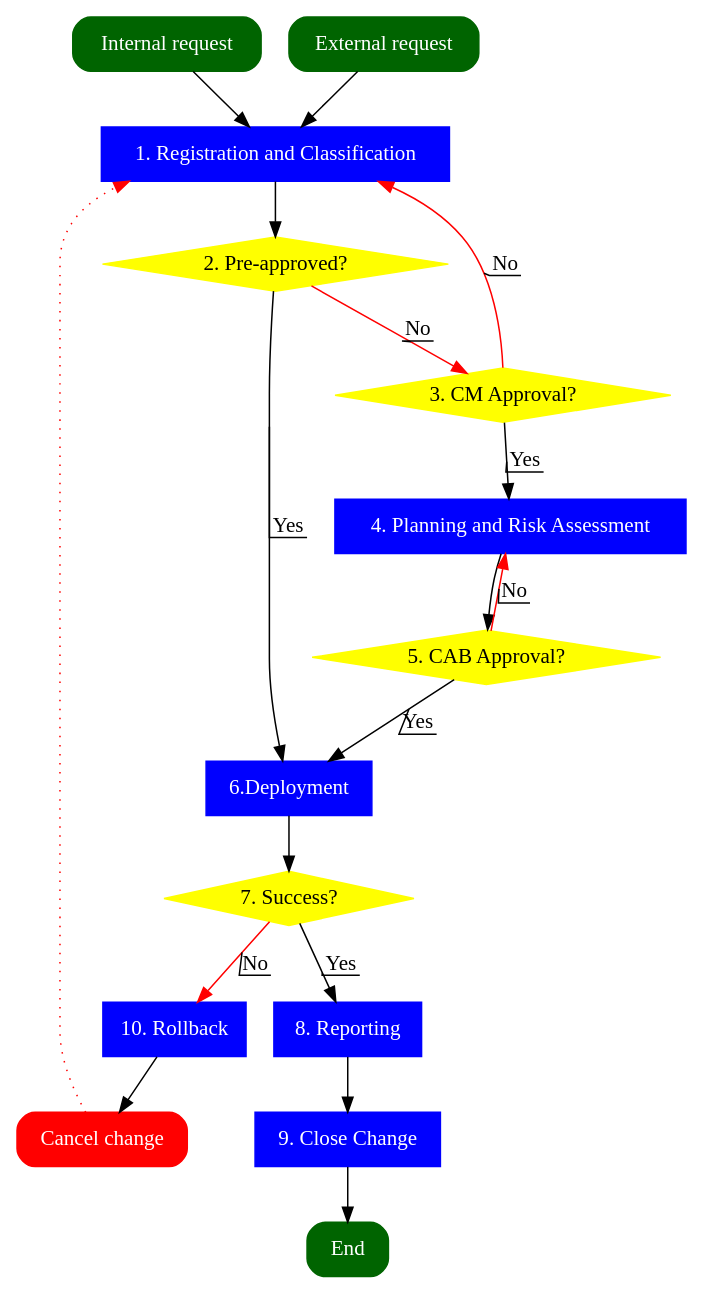
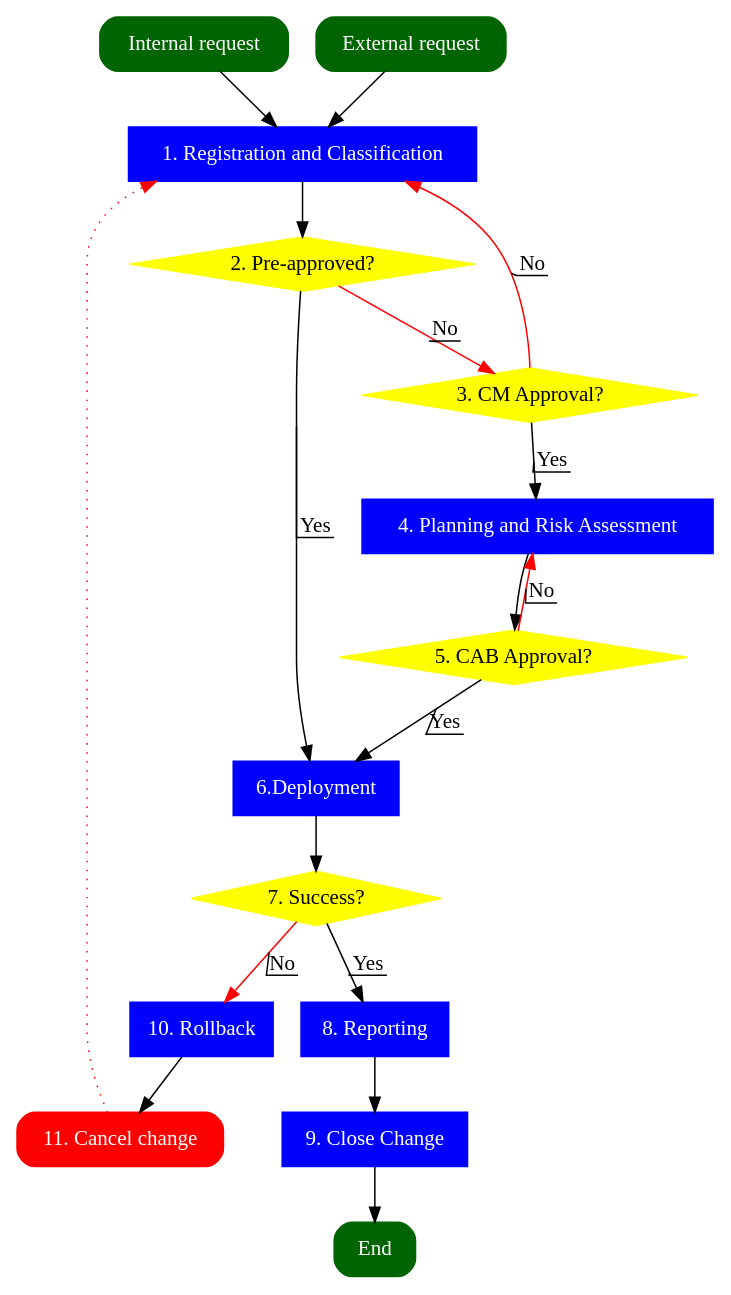
The diagram in change_management.dot (dstergiou/workflow), drawn with Graphviz before and after one commit.

Commit message:
minor changes

```diff
--- a/change_management.dot
+++ b/change_management.dot
@@ -1,125 +1,125 @@
 digraph {
     node[fontname="Verdana", style=rounded]
     internal_change[
         shape=box, 
         style="rounded,filled", 
         color=darkgreen, 
         fontcolor=white,
         label="Internal request"];
     external_change[
         shape=box, 
         style="rounded,filled", 
         color=darkgreen, 
         fontcolor=white,
         label="External request"];
     end_finish[
         shape=box, 
         style="rounded,filled", 
         color=darkgreen,
         fontcolor=white,              
         label="End"];
     end_cancel[
         shape=box, 
         style="rounded,filled", 
         color=red, 
         fontcolor=white,
-        label="Cancel change"];
+        label="11. Cancel change"];
     registration[
         shape=box, 
         style=filled,
         color=blue,
         fontcolor=white,
         label="1. Registration and Classification"];
     deployment[
         shape=box, 
         style=filled,
         color=blue,
         fontcolor=white,
         label="6.Deployment"];
     planning[
         shape=box, 
         style=filled,
         color=blue,
         fontcolor=white,
         label="4. Planning and Risk Assessment"];
     rollback[
         shape=box, 
         style=filled,
         color=blue,
         fontcolor=white,
         label="10. Rollback"];
     reporting[
         shape=box, 
         style=filled,
         color=blue,
         fontcolor=white,
         label="8. Reporting"];
     close[
         shape=box, 
         style=filled,
         color=blue,
         fontcolor=white,
         label="9. Close Change"];
 
     if_preapproved[
         shape=diamond, 
         style=filled,
         color=yellow,
         label="2. Pre-approved?"];
     if_cmapproved[
         shape=diamond,
         style=filled,
         color=yellow, 
         label="3. CM Approval?"];
     if_cabapproved[
         shape=diamond,
         style=filled,
         color=yellow, 
         label="5. CAB Approval?"];
     if_changesuccess[
         shape=diamond,
         style=filled,
         color=yellow, 
         label="7. Success?"];
 
     internal_change -> registration;
     external_change -> registration
     registration -> if_preapproved;
     if_preapproved -> deployment[
         label=Yes,
         decorate=true];
     if_preapproved -> if_cmapproved[
         label=No, 
         color=red
         decorate=true];
     if_cmapproved -> planning[
         label=Yes,
         decorate=true];
     if_cmapproved -> registration[
         label=No, 
         color=red, 
         decorate=true];
     planning -> if_cabapproved
     if_cabapproved -> deployment[
         label=Yes,
         decorate=true];
     if_cabapproved -> planning[
         label=No, 
         color=red,
         decorate=true];
     deployment -> if_changesuccess
     if_changesuccess -> reporting[
         label=Yes,
         decorate=true];
     if_changesuccess -> rollback[
         label=No, 
         color=red,
         decorate=true];
     rollback -> end_cancel;
     reporting -> close;
     close -> end_finish;
     end_cancel -> registration [
         color=red,
         style=dotted,
     ];
 }
```
